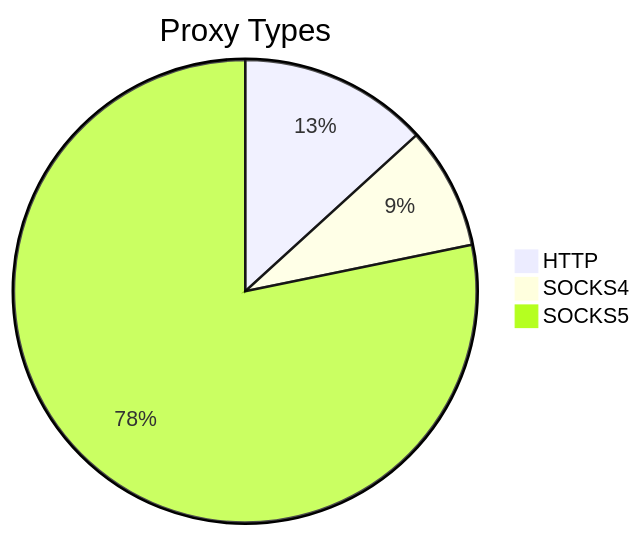
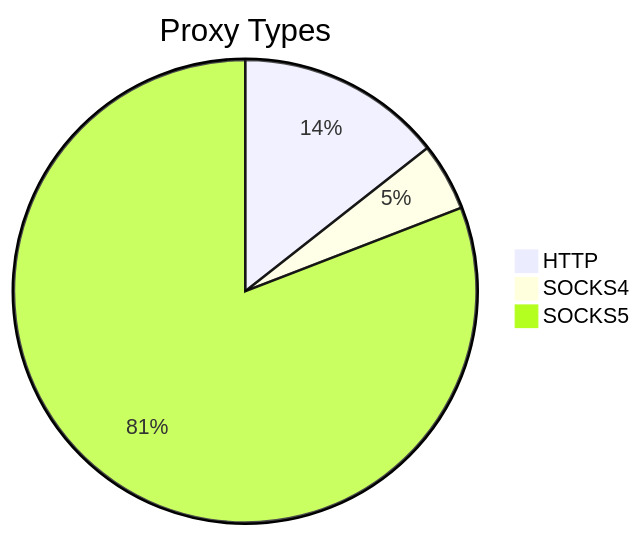
The first of 2 diagrams in README.md (stormsia/proxy-list), drawn with Mermaid before and after one commit. The commit also changed other lines of this file, not shown here.

````diff
--- a/README.md
+++ b/README.md
@@ -21,6 +21,6 @@
 ```mermaid
 pie title Proxy Types
-    "HTTP" : 181
-    "SOCKS4" : 117
-    "SOCKS5" : 1070
+    "HTTP" : 173
+    "SOCKS4" : 57
+    "SOCKS5" : 972
 ```
````
